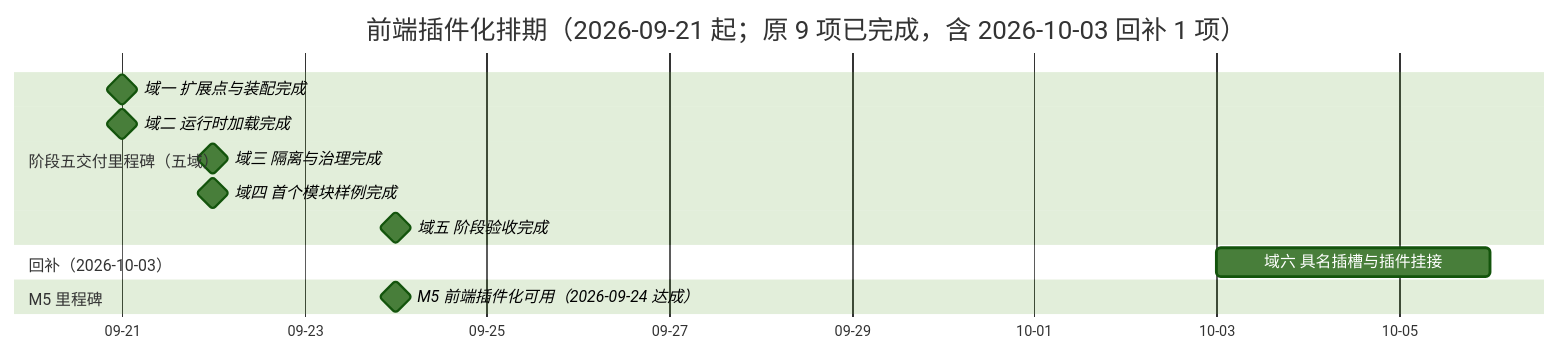
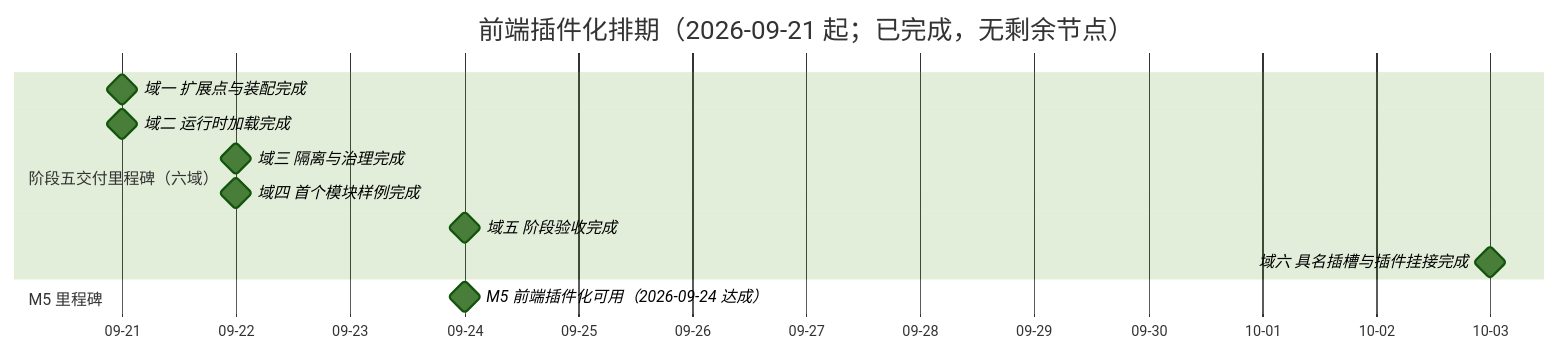
The diagram in bms文档/项目/05_前端插件化/计划/01_计划_前端插件化.md (minjian123/basic-management-system), drawn with Mermaid (forest theme) before and after one commit. The commit also changed other lines of this file and 8 other files, not shown here.

````diff
--- a/bms文档/项目/05_前端插件化/计划/01_计划_前端插件化.md
+++ b/bms文档/项目/05_前端插件化/计划/01_计划_前端插件化.md
@@ -41,16 +42,15 @@
 ```mermaid
 gantt
-    title 前端插件化排期（2026-09-21 起；原 9 项已完成，含 2026-10-03 回补 1 项）
+    title 前端插件化排期（2026-09-21 起；已完成，无剩余节点）
     dateFormat  YYYY-MM-DD
     axisFormat %m-%d
-    section 阶段五交付里程碑（五域）
+    section 阶段五交付里程碑（六域）
     域一 扩展点与装配完成 :milestone, m01, 2026-09-21, 0d
     域二 运行时加载完成 :milestone, m02, 2026-09-21, 0d
     域三 隔离与治理完成 :milestone, m03, 2026-09-22, 0d
     域四 首个模块样例完成 :milestone, m04, 2026-09-22, 0d
     域五 阶段验收完成 :milestone, m05, 2026-09-24, 0d
-    section 回补（2026-10-03）
-    域六 具名插槽与插件挂接 :m06, 2026-10-03, 3d
+    域六 具名插槽与插件挂接完成 :milestone, m06, 2026-10-03, 0d
     section M5 里程碑
     M5 前端插件化可用（2026-09-24 达成） :milestone, mm5, 2026-09-24, 0d
 ```
````
